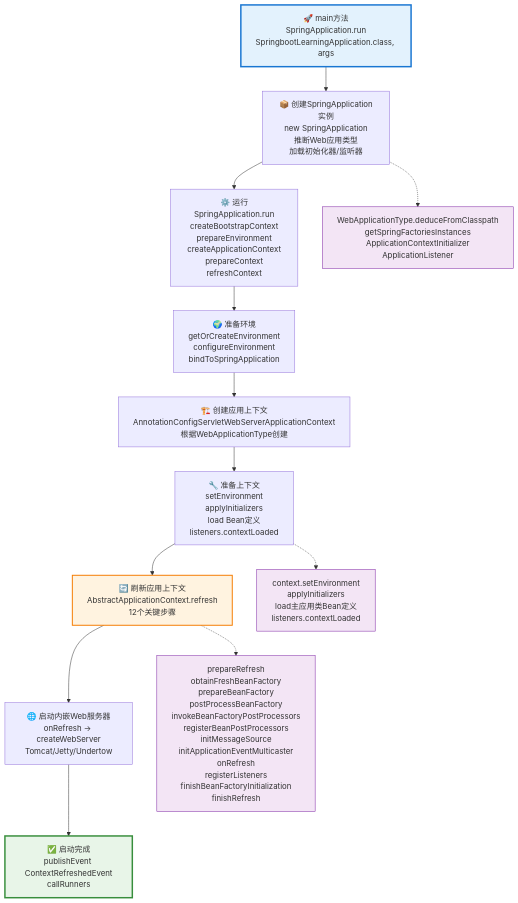
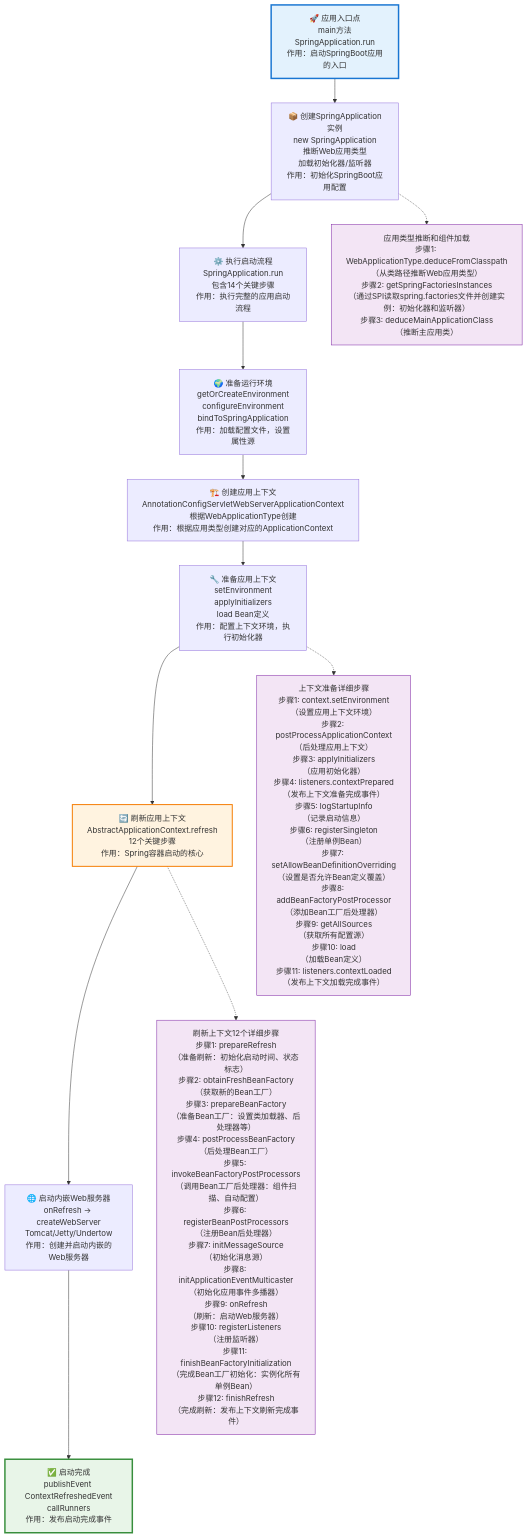
One commit to yetiKnight/springboot-learning changed the first of 4 diagrams in docs/启动流程/SpringBoot启动流程-完整源码分析-详细指南.md. Above: the diagram before and after it, drawn with Mermaid. The commit also changed other lines of this file, not shown here.

````diff
--- a/docs/启动流程/SpringBoot启动流程-完整源码分析-详细指南.md
+++ b/docs/启动流程/SpringBoot启动流程-完整源码分析-详细指南.md
@@ -56,23 +75,23 @@
 ```mermaid
 flowchart TD
-    A[🚀 main方法<br/>SpringApplication.run<br/>SpringbootLearningApplication.class, args] --> B[📦 创建SpringApplication实例<br/>new SpringApplication<br/>推断Web应用类型<br/>加载初始化器/监听器]
-    B --> C[⚙️ 运行SpringApplication.run<br/>createBootstrapContext<br/>prepareEnvironment<br/>createApplicationContext<br/>prepareContext<br/>refreshContext]
-    C --> D[🌍 准备环境<br/>getOrCreateEnvironment<br/>configureEnvironment<br/>bindToSpringApplication]
-    D --> E[🏗️ 创建应用上下文<br/>AnnotationConfigServletWebServerApplicationContext<br/>根据WebApplicationType创建]
-    E --> F[🔧 准备上下文<br/>setEnvironment<br/>applyInitializers<br/>load Bean定义<br/>listeners.contextLoaded]
-    F --> G[🔄 刷新应用上下文<br/>AbstractApplicationContext.refresh<br/>12个关键步骤]
-    G --> H[🌐 启动内嵌Web服务器<br/>onRefresh -> createWebServer<br/>Tomcat/Jetty/Undertow]
-    H --> I[✅ 启动完成<br/>publishEvent ContextRefreshedEvent<br/>callRunners]
+    A["🚀 应用入口点<br/>main方法<br/>SpringApplication.run<br/>作用：启动SpringBoot应用的入口"] --> B["📦 创建SpringApplication实例<br/>new SpringApplication<br/>推断Web应用类型<br/>加载初始化器/监听器<br/>作用：初始化SpringBoot应用配置"]
+    B --> C["⚙️ 执行启动流程<br/>SpringApplication.run<br/>包含14个关键步骤<br/>作用：执行完整的应用启动流程"]
+    C --> D["🌍 准备运行环境<br/>getOrCreateEnvironment<br/>configureEnvironment<br/>bindToSpringApplication<br/>作用：加载配置文件，设置属性源"]
+    D --> E["🏗️ 创建应用上下文<br/>AnnotationConfigServletWebServerApplicationContext<br/>根据WebApplicationType创建<br/>作用：根据应用类型创建对应的ApplicationContext"]
+    E --> F["🔧 准备应用上下文<br/>setEnvironment<br/>applyInitializers<br/>load Bean定义<br/>作用：配置上下文环境，执行初始化器"]
+    F --> G["🔄 刷新应用上下文<br/>AbstractApplicationContext.refresh<br/>12个关键步骤<br/>作用：Spring容器启动的核心"]
+    G --> H["🌐 启动内嵌Web服务器<br/>onRefresh -> createWebServer<br/>Tomcat/Jetty/Undertow<br/>作用：创建并启动内嵌的Web服务器"]
+    H --> I["✅ 启动完成<br/>publishEvent ContextRefreshedEvent<br/>callRunners<br/>作用：发布启动完成事件"]
     
     %% 关键子流程
-    B -.-> B1[WebApplicationType.deduceFromClasspath<br/>getSpringFactoriesInstances<br/>ApplicationContextInitializer<br/>ApplicationListener]
-    F -.-> F1[context.setEnvironment<br/>applyInitializers<br/>load主应用类Bean定义<br/>listeners.contextLoaded]
-    G -.-> G1[prepareRefresh<br/>obtainFreshBeanFactory<br/>prepareBeanFactory<br/>postProcessBeanFactory<br/>invokeBeanFactoryPostProcessors<br/>registerBeanPostProcessors<br/>initMessageSource<br/>initApplicationEventMulticaster<br/>onRefresh<br/>registerListeners<br/>finishBeanFactoryInitialization<br/>finishRefresh]
+    B -.-> B1["应用类型推断和组件加载<br/>步骤1: WebApplicationType.deduceFromClasspath<br/>（从类路径推断Web应用类型）<br/>步骤2: getSpringFactoriesInstances<br/>（通过SPI读取spring.factories文件并创建实例：初始化器和监听器）<br/>步骤3: deduceMainApplicationClass<br/>（推断主应用类）"]
+    F -.-> F1["上下文准备详细步骤<br/>步骤1: context.setEnvironment<br/>（设置应用上下文环境）<br/>步骤2: postProcessApplicationContext<br/>（后处理应用上下文）<br/>步骤3: applyInitializers<br/>（应用初始化器）<br/>步骤4: listeners.contextPrepared<br/>（发布上下文准备完成事件）<br/>步骤5: logStartupInfo<br/>（记录启动信息）<br/>步骤6: registerSingleton<br/>（注册单例Bean）<br/>步骤7: setAllowBeanDefinitionOverriding<br/>（设置是否允许Bean定义覆盖）<br/>步骤8: addBeanFactoryPostProcessor<br/>（添加Bean工厂后处理器）<br/>步骤9: getAllSources<br/>（获取所有配置源）<br/>步骤10: load<br/>（加载Bean定义）<br/>步骤11: listeners.contextLoaded<br/>（发布上下文加载完成事件）"]
+    G -.-> G1["刷新上下文12个详细步骤<br/>步骤1: prepareRefresh<br/>（准备刷新：初始化启动时间、状态标志）<br/>步骤2: obtainFreshBeanFactory<br/>（获取新的Bean工厂）<br/>步骤3: prepareBeanFactory<br/>（准备Bean工厂：设置类加载器、后处理器等）<br/>步骤4: postProcessBeanFactory<br/>（后处理Bean工厂）<br/>步骤5: invokeBeanFactoryPostProcessors<br/>（调用Bean工厂后处理器：组件扫描、自动配置）<br/>步骤6: registerBeanPostProcessors<br/>（注册Bean后处理器）<br/>步骤7: initMessageSource<br/>（初始化消息源）<br/>步骤8: initApplicationEventMulticaster<br/>（初始化应用事件多播器）<br/>步骤9: onRefresh<br/>（刷新：启动Web服务器）<br/>步骤10: registerListeners<br/>（注册监听器）<br/>步骤11: finishBeanFactoryInitialization<br/>（完成Bean工厂初始化：实例化所有单例Bean）<br/>步骤12: finishRefresh<br/>（完成刷新：发布上下文刷新完成事件）"]
     
     style A fill:#e3f2fd,stroke:#1976d2,stroke-width:3px
     style I fill:#e8f5e8,stroke:#388e3c,stroke-width:3px
     style G fill:#fff3e0,stroke:#f57c00,stroke-width:2px
     style B1 fill:#f3e5f5,stroke:#7b1fa2
     style F1 fill:#f3e5f5,stroke:#7b1fa2
     style G1 fill:#f3e5f5,stroke:#7b1fa2
 ```
````
